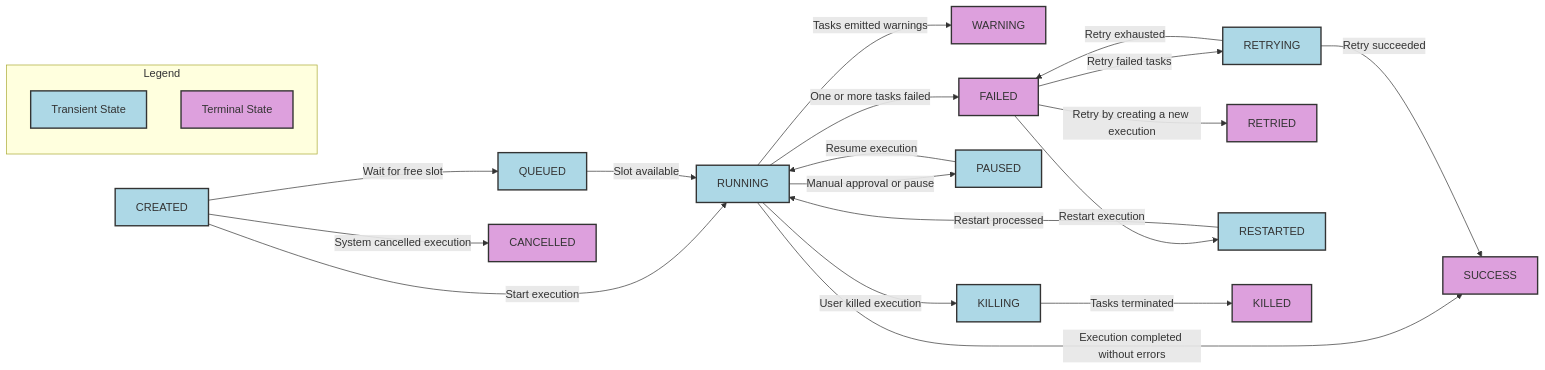
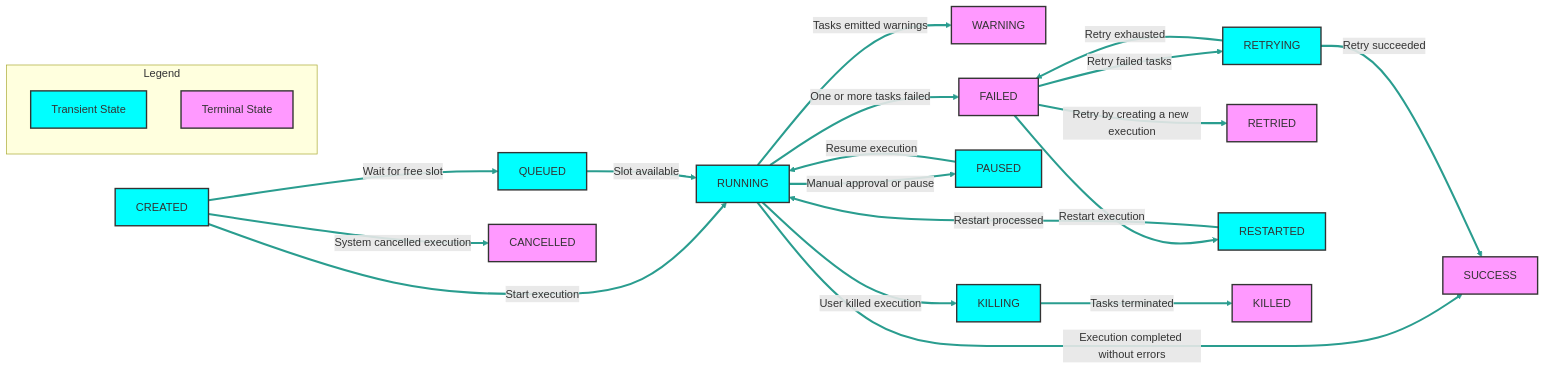
The first of 2 diagrams in content/docs/04.workflow-components/17.states.md (kestra-io/docs), drawn with Mermaid before and after one commit. The commit also changed other lines of this file and 1 other file, not shown here.

Commit message:
docs(ui): Make background color of all mermaid diagrams white or grey so that it displays correctly in dark mode

````diff
--- a/content/docs/04.workflow-components/17.states.md
+++ b/content/docs/04.workflow-components/17.states.md
@@ -42,32 +42,34 @@
 ```mermaid
 graph LR;
-    classDef transient fill:#add8e6,stroke:#333,stroke-width:2px;
-    classDef terminal fill:#dda0dd,stroke:#333,stroke-width:2px;
+    classDef transient fill:#0ff,stroke:#333,stroke-width:2px;
+    classDef terminal fill:#f9f,stroke:#333,stroke-width:2px;
 
     subgraph Legend
         direction TB
         L1[Transient State]:::transient
         L2[Terminal State]:::terminal
     end
 
     A[CREATED] -->|Wait for free slot| B[QUEUED]
     A -->|Start execution| C[RUNNING]
     B -->|Slot available| C[RUNNING]
     C -->|Execution completed without errors| D[SUCCESS]
     C -->|Tasks emitted warnings| E[WARNING]
     C -->|One or more tasks failed| F[FAILED]
     F -->|Retry failed tasks| G[RETRYING]
     G -->|Retry succeeded| D[SUCCESS]
     G -->|Retry exhausted| F[FAILED]
     F -->|Retry by creating a new execution| H[RETRIED]
     C -->|Manual approval or pause| I[PAUSED]
     I -->|Resume execution| C[RUNNING]
     F -->|Restart execution| J[RESTARTED]
     J -->|Restart processed| C[RUNNING]
     A -->|System cancelled execution| K[CANCELLED]
-    C -->|User killed execution| L[KILLING]
+    C -->|User  killed execution| L[KILLING]
     L -->|Tasks terminated| M[KILLED]
 
     class A,B,C,G,I,J,L transient;
     class D,E,F,H,K,M terminal;
+
+    linkStyle 0,1,2,3,4,5,6,7,8,9,10,11,12,13,14,15,16 stroke:#2a9d8f, stroke-width:3px;
 ```
````
